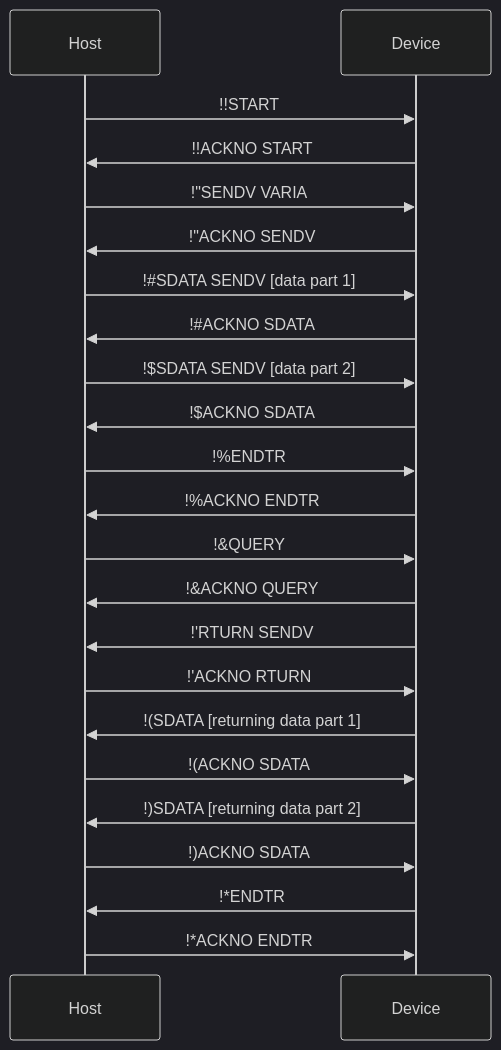
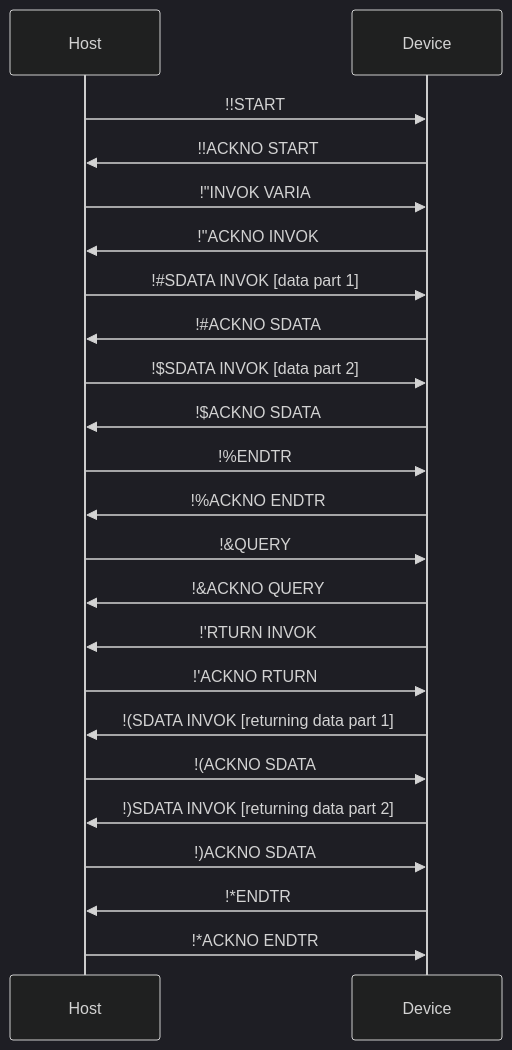
The first of 3 diagrams in Specification.md (lingrottin/PK-Command), drawn with Mermaid (dark theme) before and after one commit. The commit also changed 4 other files, not shown here.

````diff
--- a/Specification.md
+++ b/Specification.md
@@ -88,25 +88,25 @@
 ```mermaid
 sequenceDiagram
     participant H as Host
     participant D as Device
     H->>D: !!START
     D->>H: !!ACKNO START
-    H->>D: !"SENDV VARIA
-    D->>H: !"ACKNO SENDV
-    H->>D: !#35;SDATA SENDV [data part 1]
+    H->>D: !"INVOK VARIA
+    D->>H: !"ACKNO INVOK
+    H->>D: !#35;SDATA INVOK [data part 1]
     D->>H: !#35;ACKNO SDATA
-    H->>D: !$SDATA SENDV [data part 2]
+    H->>D: !$SDATA INVOK [data part 2]
     D->>H: !$ACKNO SDATA
     H->>D: !%ENDTR
     D->>H: !%ACKNO ENDTR
     H->>D: !&QUERY
     D->>H: !&ACKNO QUERY
-    D->>H: !'RTURN SENDV
+    D->>H: !'RTURN INVOK
     H->>D: !'ACKNO RTURN
-    D->>H: !(SDATA [returning data part 1]
+    D->>H: !(SDATA INVOK [returning data part 1]
     H->>D: !(ACKNO SDATA
-    D->>H: !)SDATA [returning data part 2]
+    D->>H: !)SDATA INVOK [returning data part 2]
     H->>D: !)ACKNO SDATA
     D->>H: !*ENDTR
     H->>D: !*ACKNO ENDTR
 ```
````
